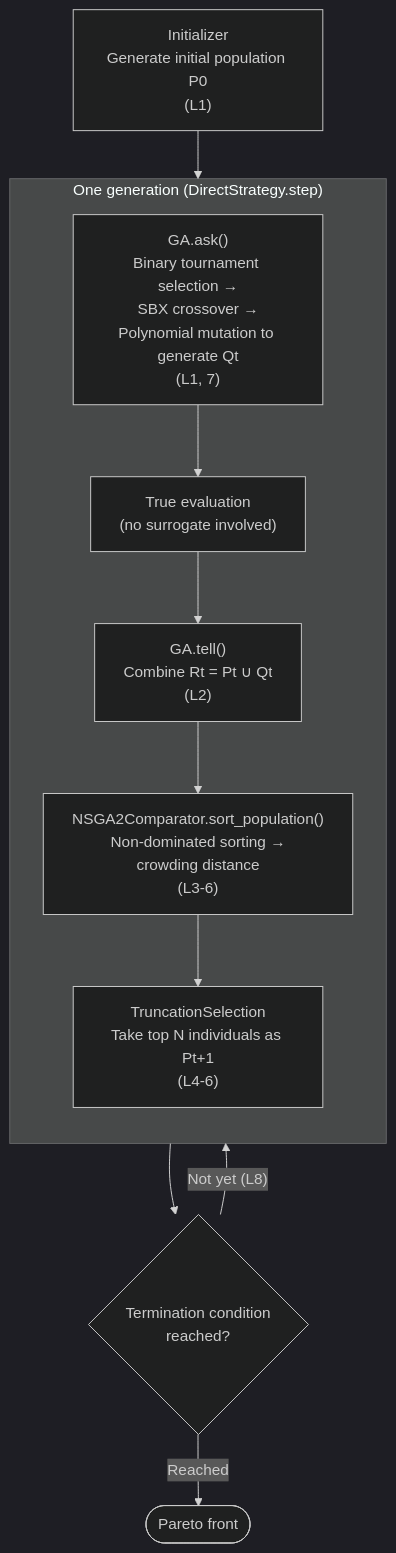
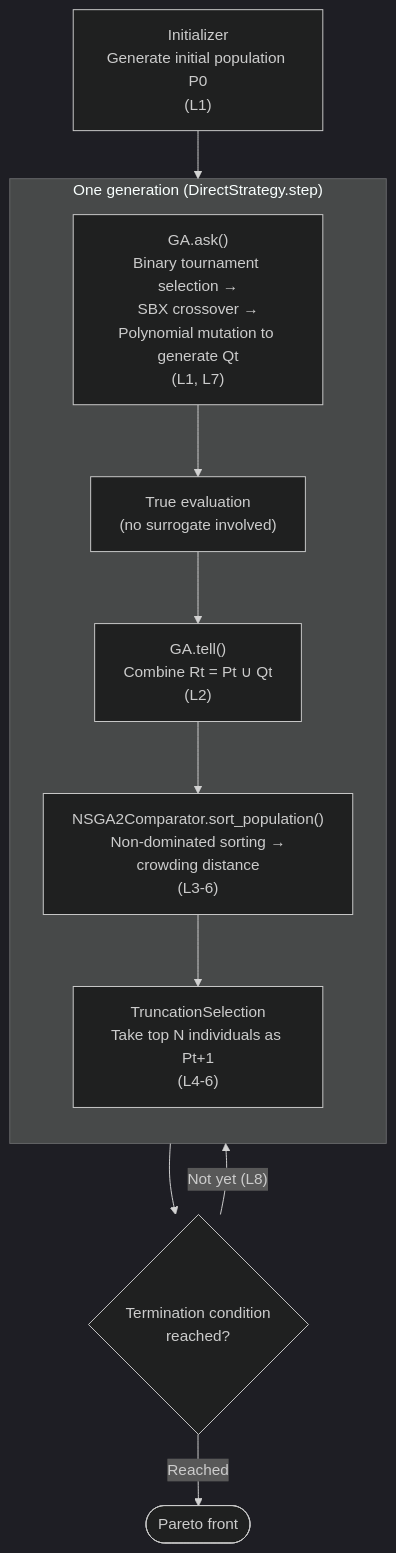
Before and after one commit to shlka/saealib: the diagram in docs/algorithms/nsga2.md, drawn with Mermaid (dark theme). The commit also changed other lines of this file and 479 other files, not shown here.

````diff
--- a/docs/algorithms/nsga2.md
+++ b/docs/algorithms/nsga2.md
@@ -41,14 +47,14 @@
 ```{mermaid}
 flowchart TD
     INIT["Initializer<br/>Generate initial population P0<br/>(L1)"] --> GEN
     subgraph GEN["One generation (DirectStrategy.step)"]
         direction TB
-        ASK["GA.ask()<br/>Binary tournament selection →<br/>SBX crossover →<br/>Polynomial mutation to generate Qt<br/>(L1, 7)"] --> EVAL["True evaluation<br/>(no surrogate involved)"]
+        ASK["GA.ask()<br/>Binary tournament selection →<br/>SBX crossover →<br/>Polynomial mutation to generate Qt<br/>(L1, L7)"] --> EVAL["True evaluation<br/>(no surrogate involved)"]
         EVAL --> COMB["GA.tell()<br/>Combine Rt = Pt ∪ Qt<br/>(L2)"]
         COMB --> SORT["NSGA2Comparator.sort_population()<br/>Non-dominated sorting →<br/>crowding distance<br/>(L3-6)"]
         SORT --> TRUNC["TruncationSelection<br/>Take top N individuals as Pt+1<br/>(L4-6)"]
     end
     GEN --> TERM{"Termination condition<br/>reached?"}
     TERM -- "Not yet (L8)" --> GEN
     TERM -- "Reached" --> RESULT(["Pareto front"])
 ```
````
